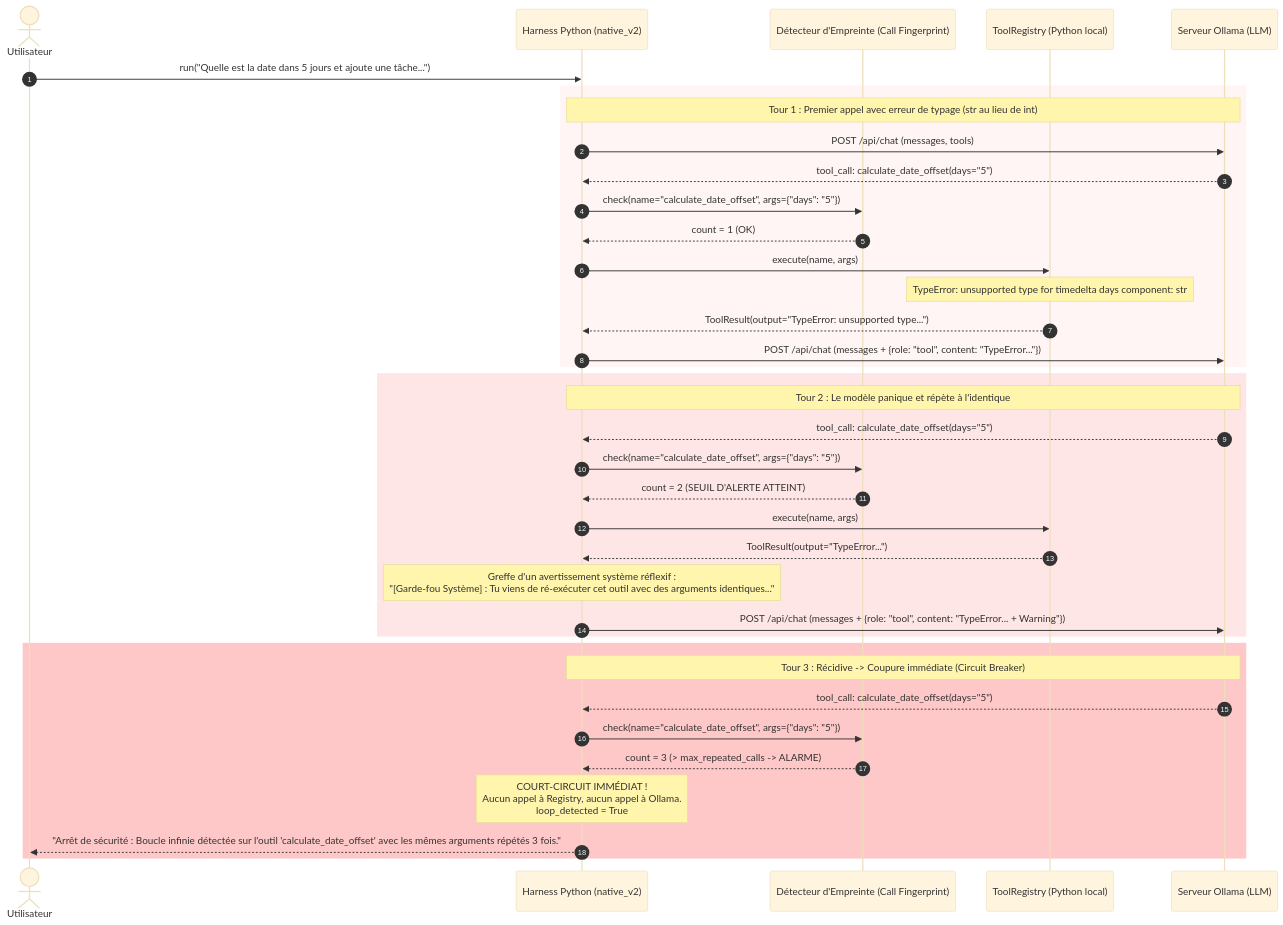
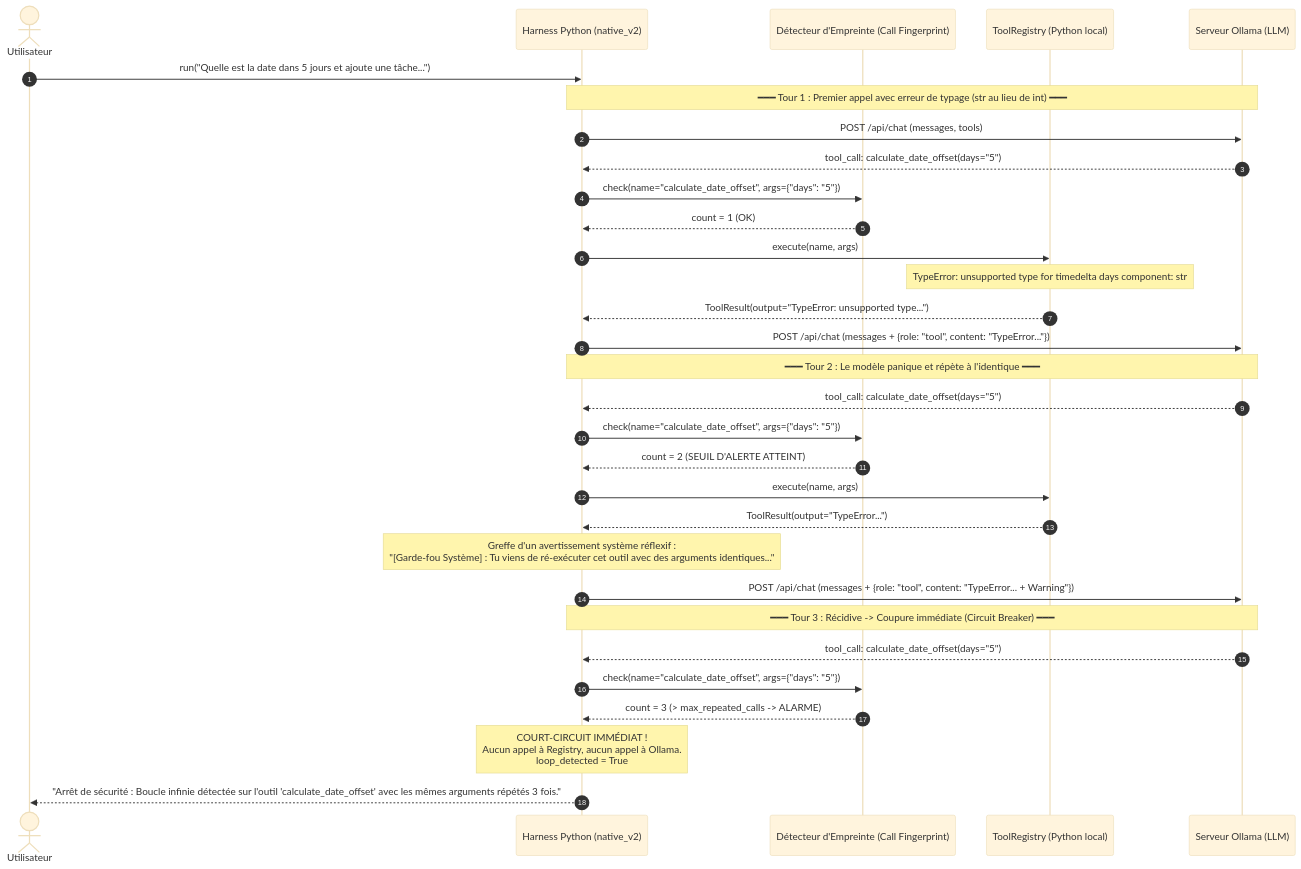
The fourth of 5 diagrams in experiments/v0-v1-architecture-comparison.md (JeanVG23/agent-harness-from-scratch), drawn with Mermaid (base theme) before and after one commit. The commit also changed other lines of this file, not shown here.

Commit message:
style: suppression des blocs rect pour un contraste optimal en dark mode

````diff
--- a/experiments/v0-v1-architecture-comparison.md
+++ b/experiments/v0-v1-architecture-comparison.md
@@ -145,43 +139,37 @@
 ```mermaid
 sequenceDiagram
     autonumber
     actor User as Utilisateur
     participant Harness as Harness Python (native_v2)
     participant Detector as Détecteur d'Empreinte (Call Fingerprint)
     participant Registry as ToolRegistry (Python local)
     participant Ollama as Serveur Ollama (LLM)
 
     User->>Harness: run("Quelle est la date dans 5 jours et ajoute une tâche...")
     
-    rect rgb(255, 245, 245)
-    Note over Harness,Ollama: Tour 1 : Premier appel avec erreur de typage (str au lieu de int)
+    Note over Harness,Ollama: ━━━ Tour 1 : Premier appel avec erreur de typage (str au lieu de int) ━━━
     Harness->>Ollama: POST /api/chat (messages, tools)
     Ollama-->>Harness: tool_call: calculate_date_offset(days="5")
     Harness->>Detector: check(name="calculate_date_offset", args={"days": "5"})
     Detector-->>Harness: count = 1 (OK)
     Harness->>Registry: execute(name, args)
     Note over Registry: TypeError: unsupported type for timedelta days component: str
     Registry-->>Harness: ToolResult(output="TypeError: unsupported type...")
     Harness->>Ollama: POST /api/chat (messages + {role: "tool", content: "TypeError..."})
-    end
 
-    rect rgb(255, 230, 230)
-    Note over Harness,Ollama: Tour 2 : Le modèle panique et répète à l'identique
+    Note over Harness,Ollama: ━━━ Tour 2 : Le modèle panique et répète à l'identique ━━━
     Ollama-->>Harness: tool_call: calculate_date_offset(days="5")
     Harness->>Detector: check(name="calculate_date_offset", args={"days": "5"})
     Detector-->>Harness: count = 2 (SEUIL D'ALERTE ATTEINT)
     Harness->>Registry: execute(name, args)
     Registry-->>Harness: ToolResult(output="TypeError...")
     Note over Harness: Greffe d'un avertissement système réflexif :<br/>"[Garde-fou Système] : Tu viens de ré-exécuter cet outil avec des arguments identiques..."
     Harness->>Ollama: POST /api/chat (messages + {role: "tool", content: "TypeError... + Warning"})
-    end
 
-    rect rgb(255, 200, 200)
-    Note over Harness,Ollama: Tour 3 : Récidive -> Coupure immédiate (Circuit Breaker)
+    Note over Harness,Ollama: ━━━ Tour 3 : Récidive -> Coupure immédiate (Circuit Breaker) ━━━
     Ollama-->>Harness: tool_call: calculate_date_offset(days="5")
     Harness->>Detector: check(name="calculate_date_offset", args={"days": "5"})
     Detector-->>Harness: count = 3 (> max_repeated_calls -> ALARME)
     Note over Harness: COURT-CIRCUIT IMMÉDIAT !<br/>Aucun appel à Registry, aucun appel à Ollama.<br/>loop_detected = True
     Harness-->>User: "Arrêt de sécurité : Boucle infinie détectée sur l'outil 'calculate_date_offset' avec les mêmes arguments répétés 3 fois."
-    end
 ```
````
